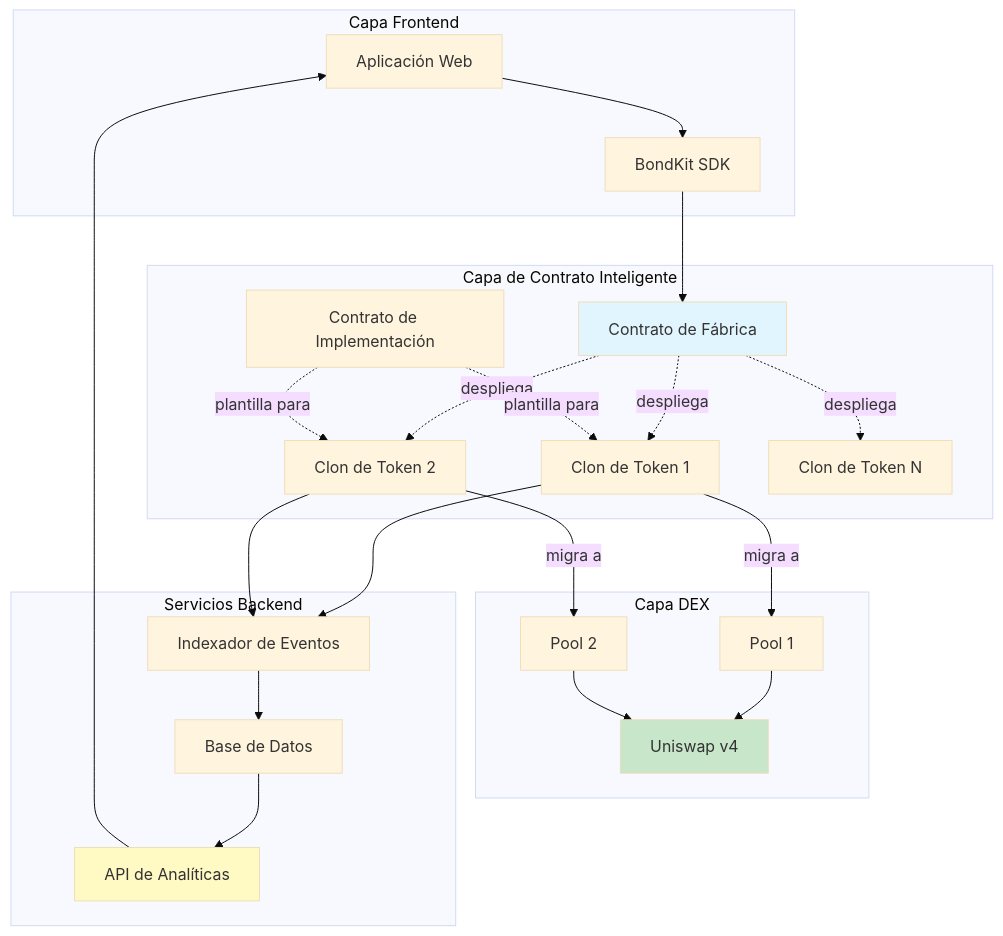
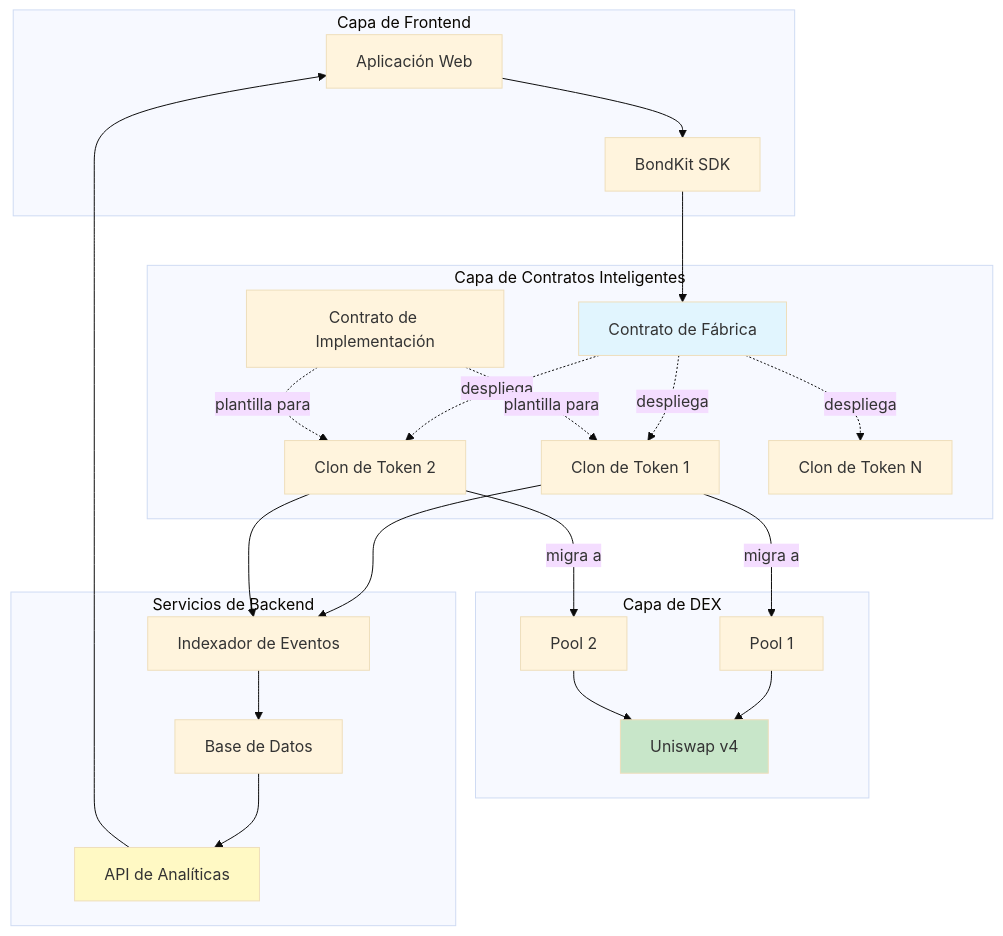
Before and after one commit to b3-fun/b3: the diagram in docs/es/bondkit/how-it-works.mdx, drawn with Mermaid (base theme). The commit also changed other lines of this file and 113 other files, not shown here.

````diff
--- a/docs/es/bondkit/how-it-works.mdx
+++ b/docs/es/bondkit/how-it-works.mdx
@@ -11,50 +11,50 @@
 ```mermaid
 graph TB
-    subgraph "Capa Frontend"
+    subgraph "Capa de Frontend"
         UI["Aplicación Web"]
         SDK["BondKit SDK"]
     end
     
-    subgraph "Capa de Contrato Inteligente"
+    subgraph "Capa de Contratos Inteligentes"
         Factory["Contrato de Fábrica"]
         Impl["Contrato de Implementación"]
         Token1["Clon de Token 1"]
         Token2["Clon de Token 2"]
         TokenN["Clon de Token N"]
     end
     
-    subgraph "Capa DEX"
+    subgraph "Capa de DEX"
         V4["Uniswap v4"]
         Pool1["Pool 1"]
         Pool2["Pool 2"]
     end
     
-    subgraph "Servicios Backend"
+    subgraph "Servicios de Backend"
         API["API de Analíticas"]
         DB["Base de Datos"]
         Indexer["Indexador de Eventos"]
     end
     
     UI --> SDK
     SDK --> Factory
     Factory -.->|despliega| Token1
     Factory -.->|despliega| Token2
     Factory -.->|despliega| TokenN
     Token1 -->|migra a| Pool1
     Token2 -->|migra a| Pool2
     Pool1 --> V4
     Pool2 --> V4
     
     Token1 --> Indexer
     Token2 --> Indexer
     Indexer --> DB
     DB --> API
     API --> UI
     
     Impl -.->|plantilla para| Token1
     Impl -.->|plantilla para| Token2
     
     style Factory fill:#e1f5fe
     style V4 fill:#c8e6c9
     style API fill:#fff9c4
 ```
````
